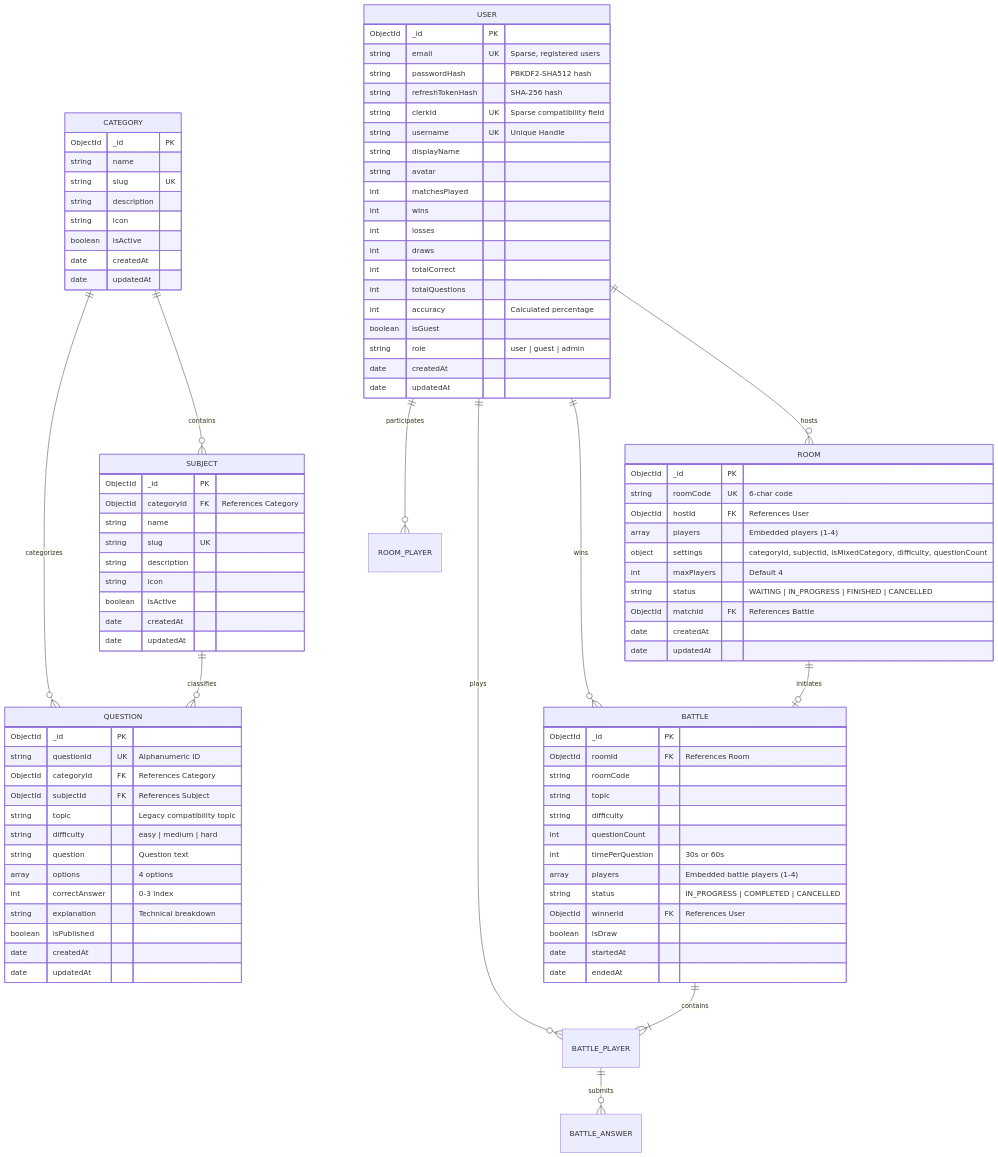
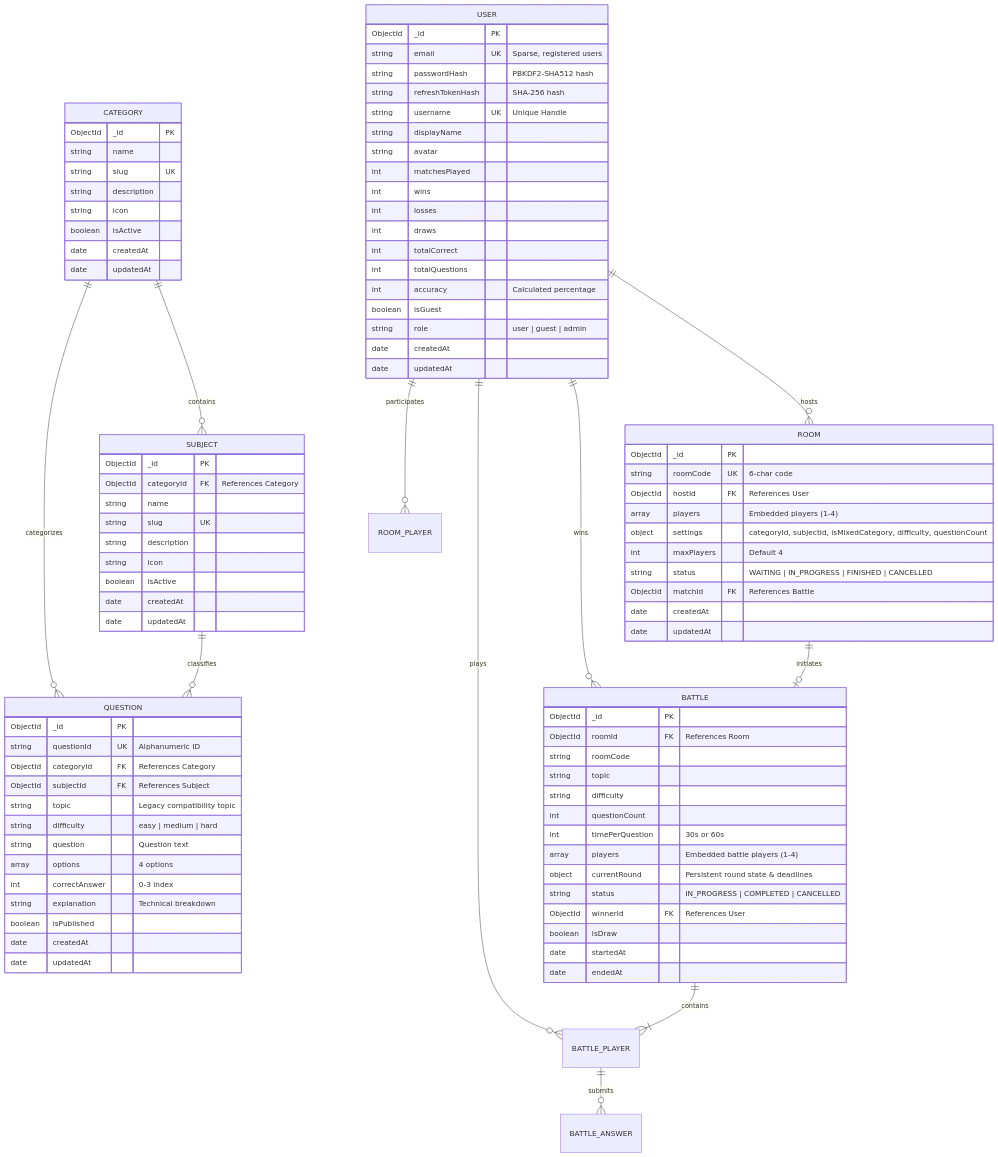
One commit to harshverma-25/CodeArena changed the diagram in docs/05-database-architecture.md. Above: the diagram before and after it, drawn with Mermaid. The commit also changed other lines of this file and 59 other files, not shown here.

```diff
--- a/docs/05-database-architecture.md
+++ b/docs/05-database-architecture.md
@@ -52,7 +52,6 @@
         string email UK "Sparse, registered users"
         string passwordHash "PBKDF2-SHA512 hash"
         string refreshTokenHash "SHA-256 hash"
-        string clerkId UK "Sparse compatibility field"
         string username UK "Unique Handle"
         string displayName
         string avatar
@@ -107,6 +106,7 @@
         int questionCount
         int timePerQuestion "30s or 60s"
         array players "Embedded battle players (1-4)"
+        object currentRound "Persistent round state & deadlines"
         string status "IN_PROGRESS | COMPLETED | CANCELLED"
         ObjectId winnerId FK "References User"
         boolean isDraw
```
